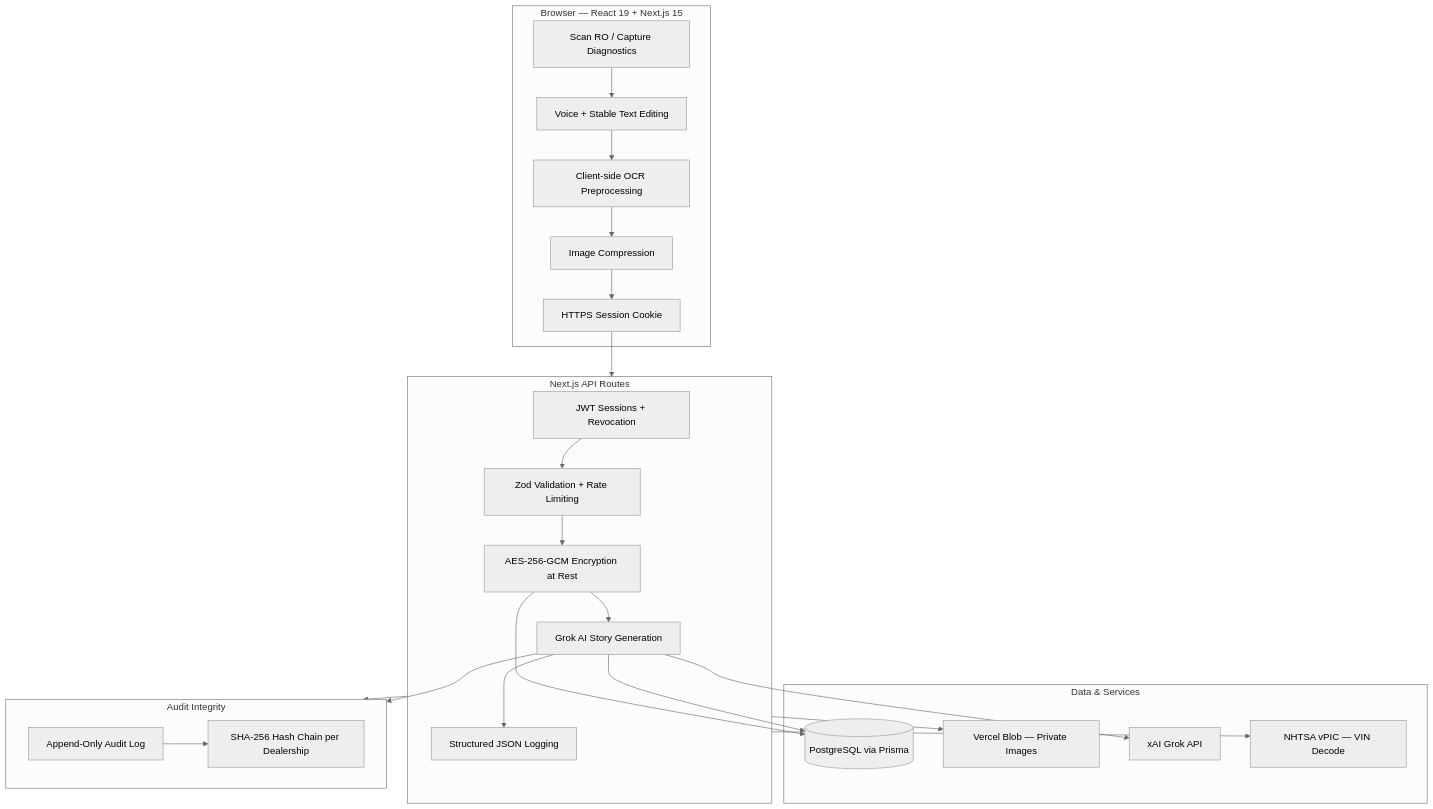
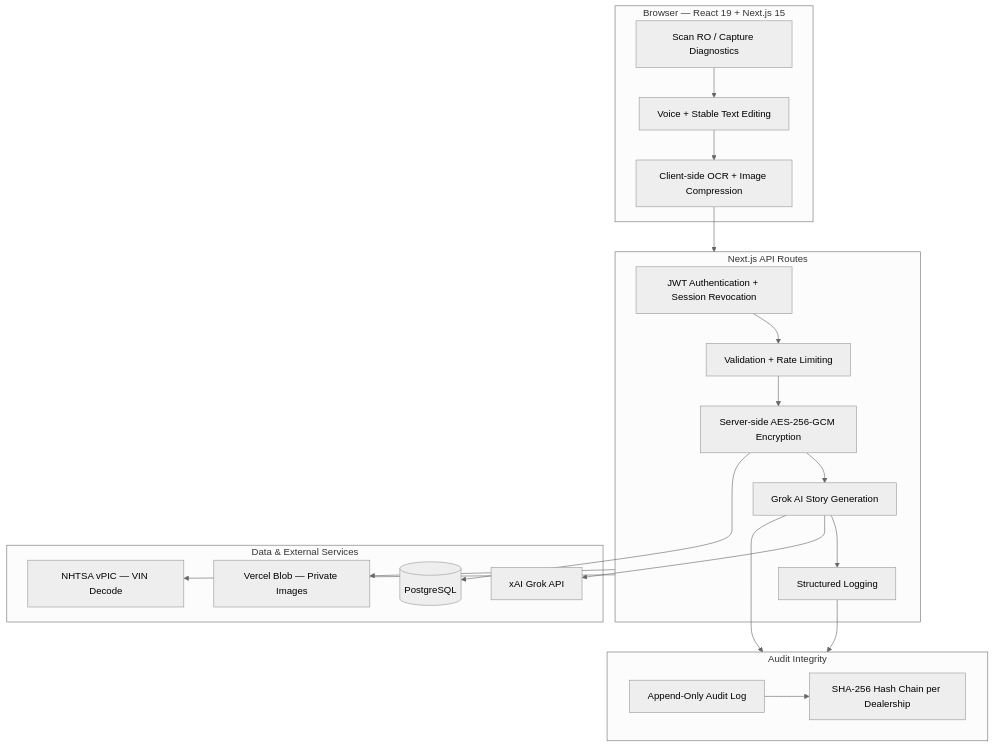
One commit to Nicequantum/Merlinus changed the diagram in README.md. Above: the diagram before and after it, drawn with Mermaid (neutral theme). The commit also changed other lines of this file, not shown here.

````diff
--- a/README.md
+++ b/README.md
@@ -38,42 +38,39 @@
 ```mermaid
 flowchart TD
     subgraph Frontend["Browser — React 19 + Next.js 15"]
         T1[Scan RO / Capture Diagnostics]
         T2[Voice + Stable Text Editing]
-        T3[Client-side OCR Preprocessing]
-        T4[Image Compression]
-        T5[HTTPS Session Cookie]
-        T1 --> T2 --> T3 --> T4 --> T5
+        T3[Client-side OCR + Image Compression]
+        T1 --> T2 --> T3
     end
 
     subgraph Backend["Next.js API Routes"]
-        B1[JWT Sessions + Revocation]
-        B2[Zod Validation + Rate Limiting]
-        B3[AES-256-GCM Encryption at Rest]
+        B1[JWT Authentication + Session Revocation]
+        B2[Validation + Rate Limiting]
+        B3[Server-side AES-256-GCM Encryption]
         B4[Grok AI Story Generation]
-        B5[Structured JSON Logging]
+        B5[Structured Logging]
         B1 --> B2 --> B3 --> B4 --> B5
     end
 
-    subgraph Storage["Data & Services"]
-        S1[(PostgreSQL via Prisma)]
+    subgraph Services["Data & External Services"]
+        S1[(PostgreSQL)]
         S2[Vercel Blob — Private Images]
         S3[xAI Grok API]
         S4[NHTSA vPIC — VIN Decode]
     end
 
     subgraph Audit["Audit Integrity"]
         A1[Append-Only Audit Log]
         A2[SHA-256 Hash Chain per Dealership]
         A1 --> A2
     end
 
-    T5 --> Backend
+    T3 --> Backend
     B3 --> S1
     B4 --> S3
-    B4 --> S1
     Backend --> S2
     Backend --> S4
-    Backend --> Audit
+    B5 --> Audit
     B4 --> Audit
 ```
````
